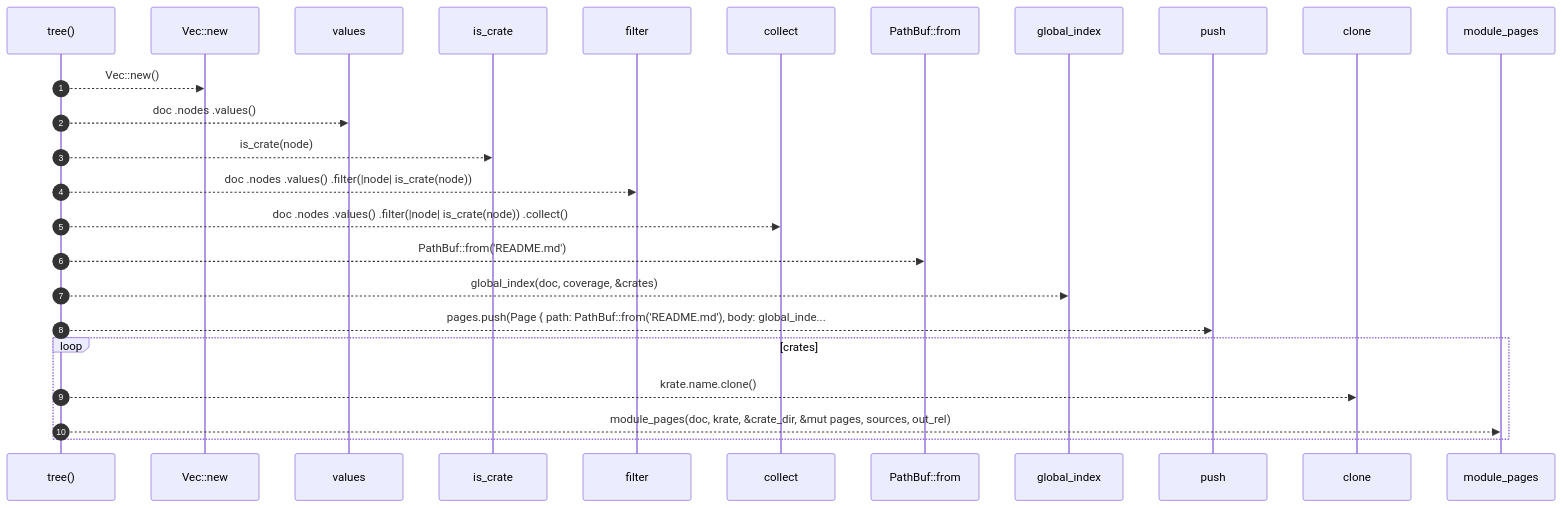
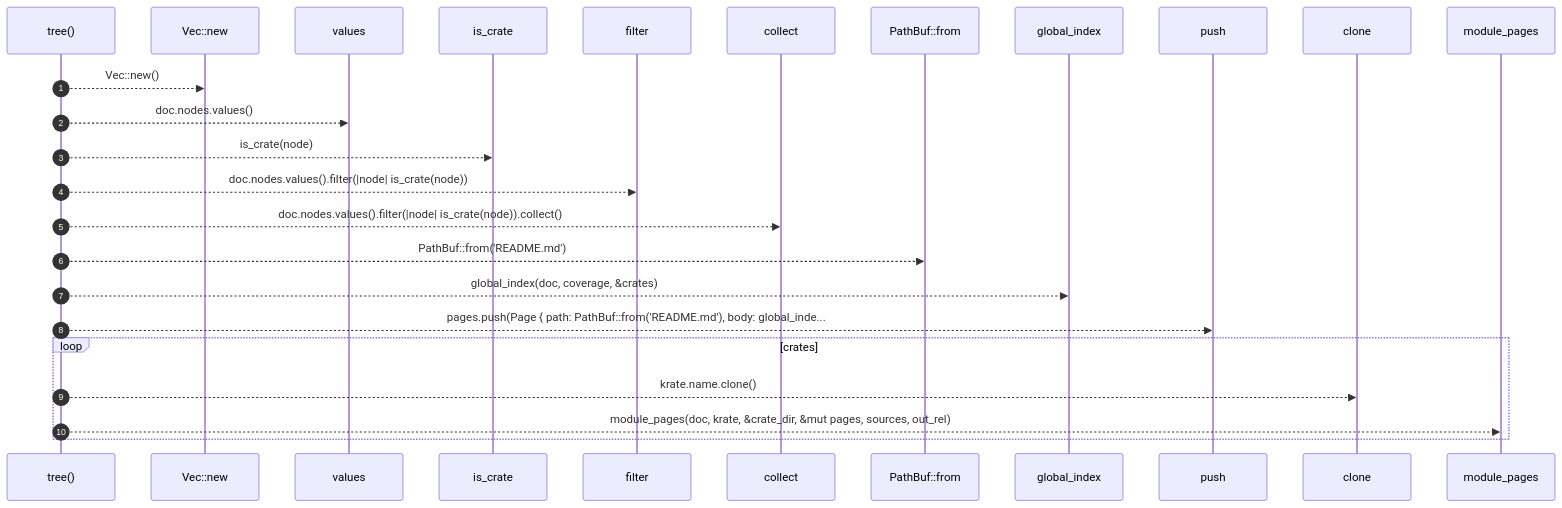
Before and after one commit to RyanGuild/self-describing-code: the diagram in docs/self-model/robby_render/tree/tree.md, drawn with Mermaid. The commit also changed other lines of this file and 747 other files, not shown here.

````diff
--- a/docs/self-model/robby_render/tree/tree.md
+++ b/docs/self-model/robby_render/tree/tree.md
@@ -50,27 +46,27 @@
 ```mermaid
 sequenceDiagram
     autonumber
     participant tree as tree()
     participant Vec__new as Vec::new
     participant values as values
     participant is_crate as is_crate
     participant filter as filter
     participant collect as collect
     participant PathBuf__from as PathBuf::from
     participant global_index as global_index
     participant push as push
     participant clone as clone
     participant module_pages as module_pages
     tree-->>Vec__new: Vec::new()
-    tree-->>values: doc .nodes .values()
+    tree-->>values: doc.nodes.values()
     tree-->>is_crate: is_crate(node)
-    tree-->>filter: doc .nodes .values() .filter(|node| is_crate(node))
-    tree-->>collect: doc .nodes .values() .filter(|node| is_crate(node)) .collect()
+    tree-->>filter: doc.nodes.values().filter(|node| is_crate(node))
+    tree-->>collect: doc.nodes.values().filter(|node| is_crate(node)).collect()
     tree-->>PathBuf__from: PathBuf::from('README.md')
     tree-->>global_index: global_index(doc, coverage, &crates)
     tree-->>push: pages.push(Page { path: PathBuf::from('README.md'), body: global_inde...
     loop crates
     tree-->>clone: krate.name.clone()
     tree-->>module_pages: module_pages(doc, krate, &crate_dir, &mut pages, sources, out_rel)
     end
 ```
````
